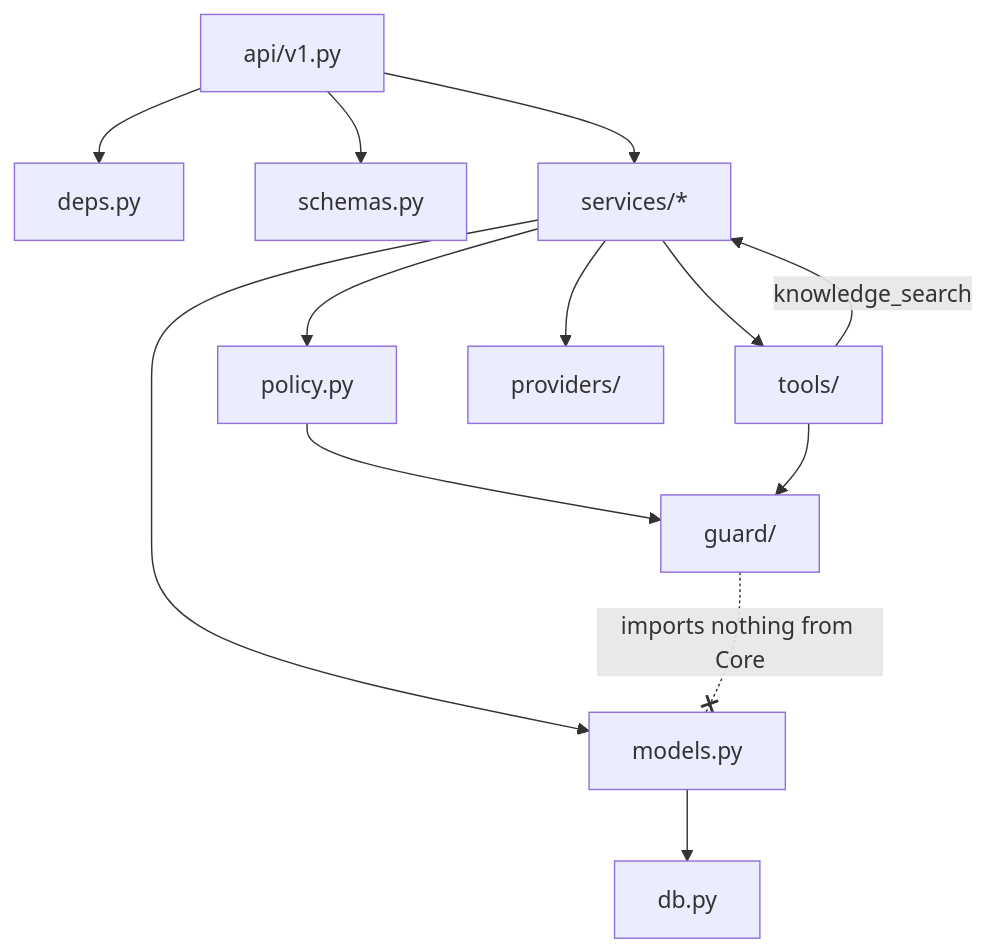
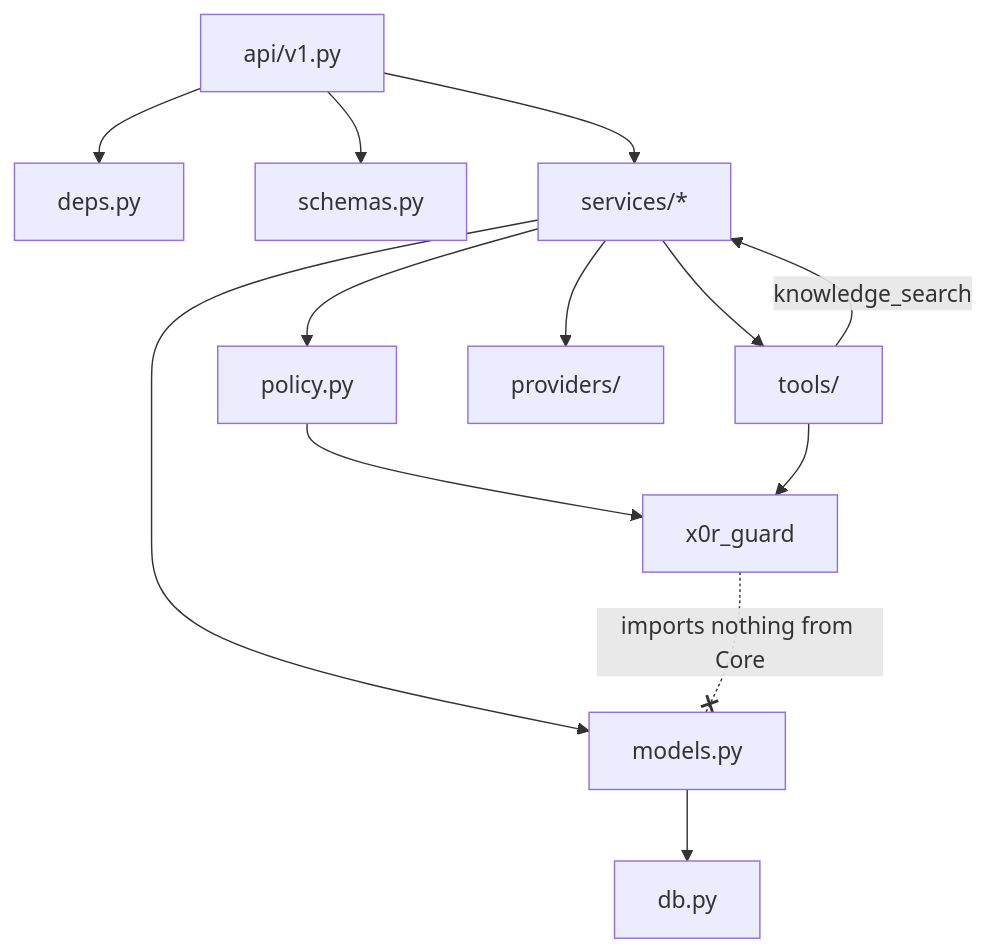
Before and after one commit to X0R-labs/core: the second of 11 diagrams in docs/INTERNALS.md, drawn with Mermaid. The commit also changed other lines of this file and 27 other files, not shown here.

````diff
--- a/docs/INTERNALS.md
+++ b/docs/INTERNALS.md
@@ -99,10 +102,10 @@
 ```mermaid
 flowchart TB
   API["api/v1.py"] --> DEPS["deps.py"] & SCH["schemas.py"] & SVC["services/*"]
-  SVC --> POL["policy.py"] --> GUARD["guard/"]
+  SVC --> POL["policy.py"] --> GUARD["x0r_guard"]
   SVC --> TOOLS["tools/"] & PROV["providers/"] & MODELS["models.py"]
   TOOLS -->|"knowledge_search"| SVC
   TOOLS --> GUARD
   MODELS --> DB["db.py"]
   GUARD -.-x|"imports nothing from Core"| MODELS
 ```
````
